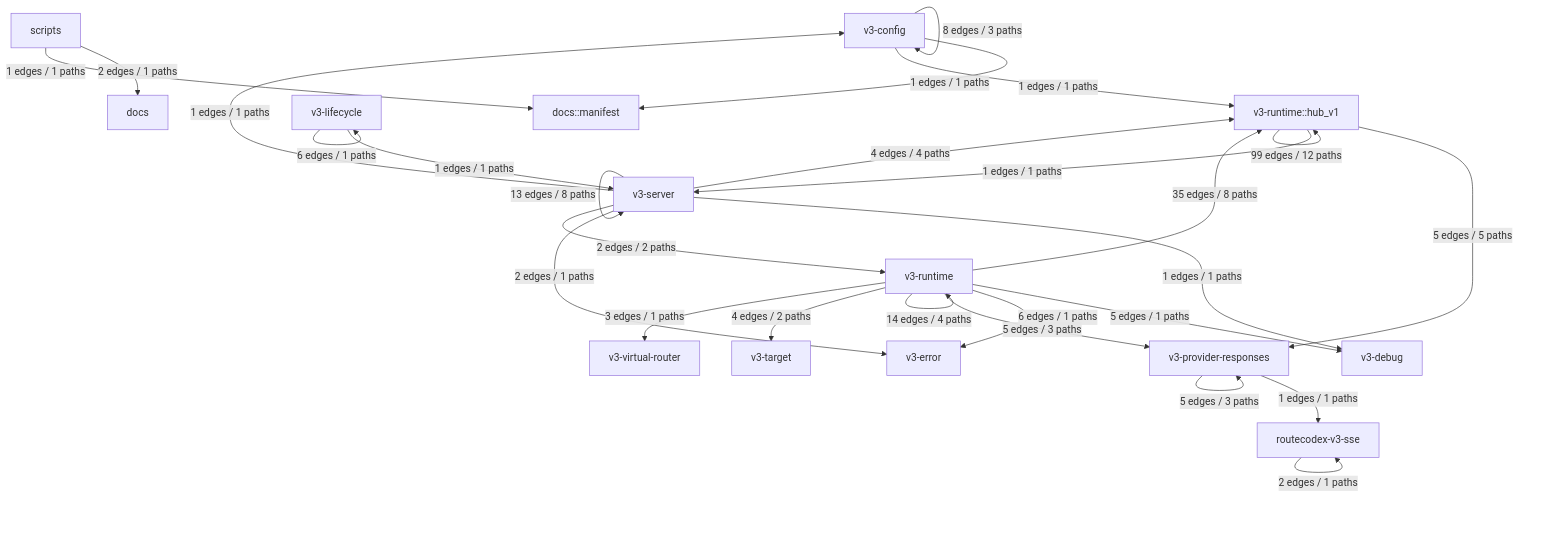
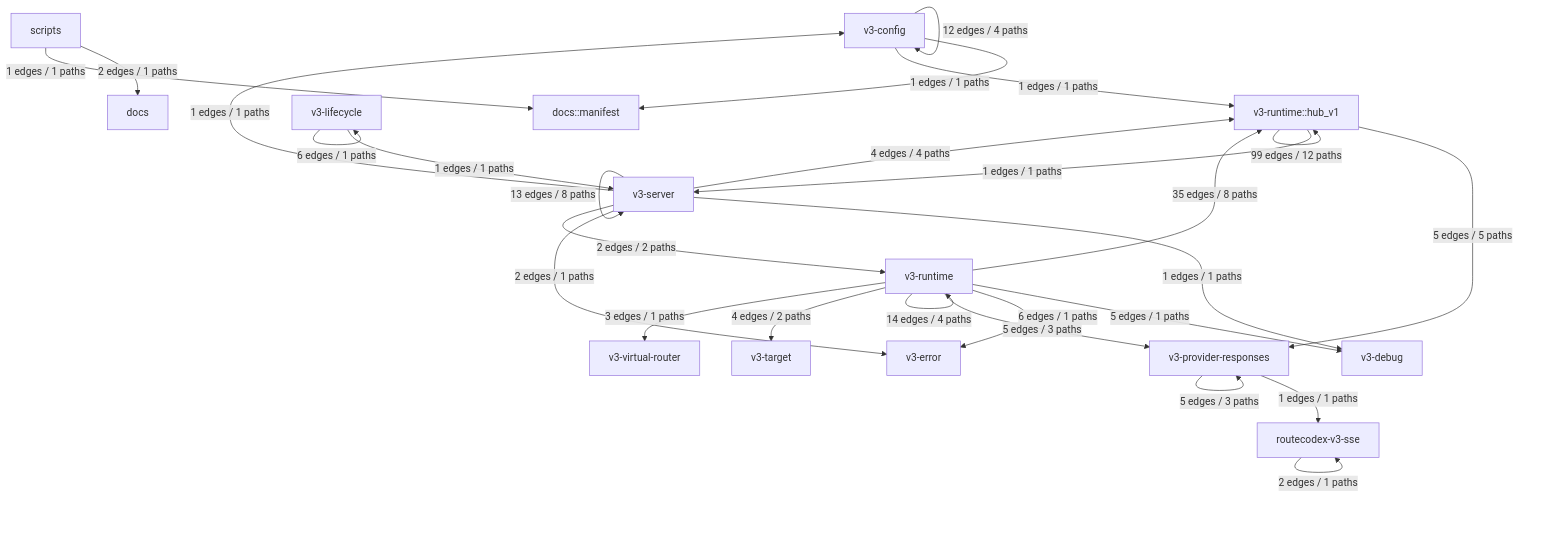
One commit to Jasonzhangf/routecodex changed the first of 37 diagrams in docs/architecture/wiki/v3-mainline-caller-flow.md. Above: the diagram before and after it, drawn with Mermaid. The commit also changed other lines of this file and 10 other files, not shown here.

````diff
--- a/docs/architecture/wiki/v3-mainline-caller-flow.md
+++ b/docs/architecture/wiki/v3-mainline-caller-flow.md
@@ -15,43 +15,43 @@
 ```mermaid
 flowchart TD
   module_docs["docs"]
   module_docs__manifest["docs::manifest"]
   module_routecodex_v3_sse["routecodex-v3-sse"]
   module_scripts["scripts"]
   module_v3_config["v3-config"]
   module_v3_debug["v3-debug"]
   module_v3_error["v3-error"]
   module_v3_lifecycle["v3-lifecycle"]
   module_v3_provider_responses["v3-provider-responses"]
   module_v3_runtime["v3-runtime"]
   module_v3_runtime__hub_v1["v3-runtime::hub_v1"]
   module_v3_server["v3-server"]
   module_v3_target["v3-target"]
   module_v3_virtual_router["v3-virtual-router"]
   module_routecodex_v3_sse -->|2 edges / 1 paths| module_routecodex_v3_sse
   module_scripts -->|2 edges / 1 paths| module_docs
   module_scripts -->|1 edges / 1 paths| module_docs__manifest
   module_v3_config -->|1 edges / 1 paths| module_docs__manifest
-  module_v3_config -->|8 edges / 3 paths| module_v3_config
+  module_v3_config -->|12 edges / 4 paths| module_v3_config
   module_v3_config -->|1 edges / 1 paths| module_v3_runtime__hub_v1
   module_v3_lifecycle -->|6 edges / 1 paths| module_v3_lifecycle
   module_v3_lifecycle -->|1 edges / 1 paths| module_v3_server
   module_v3_provider_responses -->|1 edges / 1 paths| module_routecodex_v3_sse
   module_v3_provider_responses -->|5 edges / 3 paths| module_v3_provider_responses
   module_v3_runtime__hub_v1 -->|5 edges / 5 paths| module_v3_provider_responses
   module_v3_runtime__hub_v1 -->|99 edges / 12 paths| module_v3_runtime__hub_v1
   module_v3_runtime__hub_v1 -->|1 edges / 1 paths| module_v3_server
   module_v3_runtime -->|5 edges / 1 paths| module_v3_debug
   module_v3_runtime -->|6 edges / 1 paths| module_v3_error
   module_v3_runtime -->|5 edges / 3 paths| module_v3_provider_responses
   module_v3_runtime -->|14 edges / 4 paths| module_v3_runtime
   module_v3_runtime -->|35 edges / 8 paths| module_v3_runtime__hub_v1
   module_v3_runtime -->|4 edges / 2 paths| module_v3_target
   module_v3_runtime -->|3 edges / 1 paths| module_v3_virtual_router
   module_v3_server -->|1 edges / 1 paths| module_v3_config
   module_v3_server -->|1 edges / 1 paths| module_v3_debug
   module_v3_server -->|2 edges / 1 paths| module_v3_error
   module_v3_server -->|2 edges / 2 paths| module_v3_runtime
   module_v3_server -->|4 edges / 4 paths| module_v3_runtime__hub_v1
   module_v3_server -->|13 edges / 8 paths| module_v3_server
 ```
````
